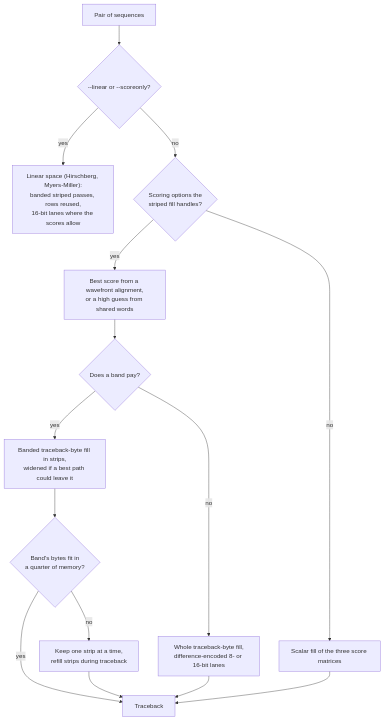
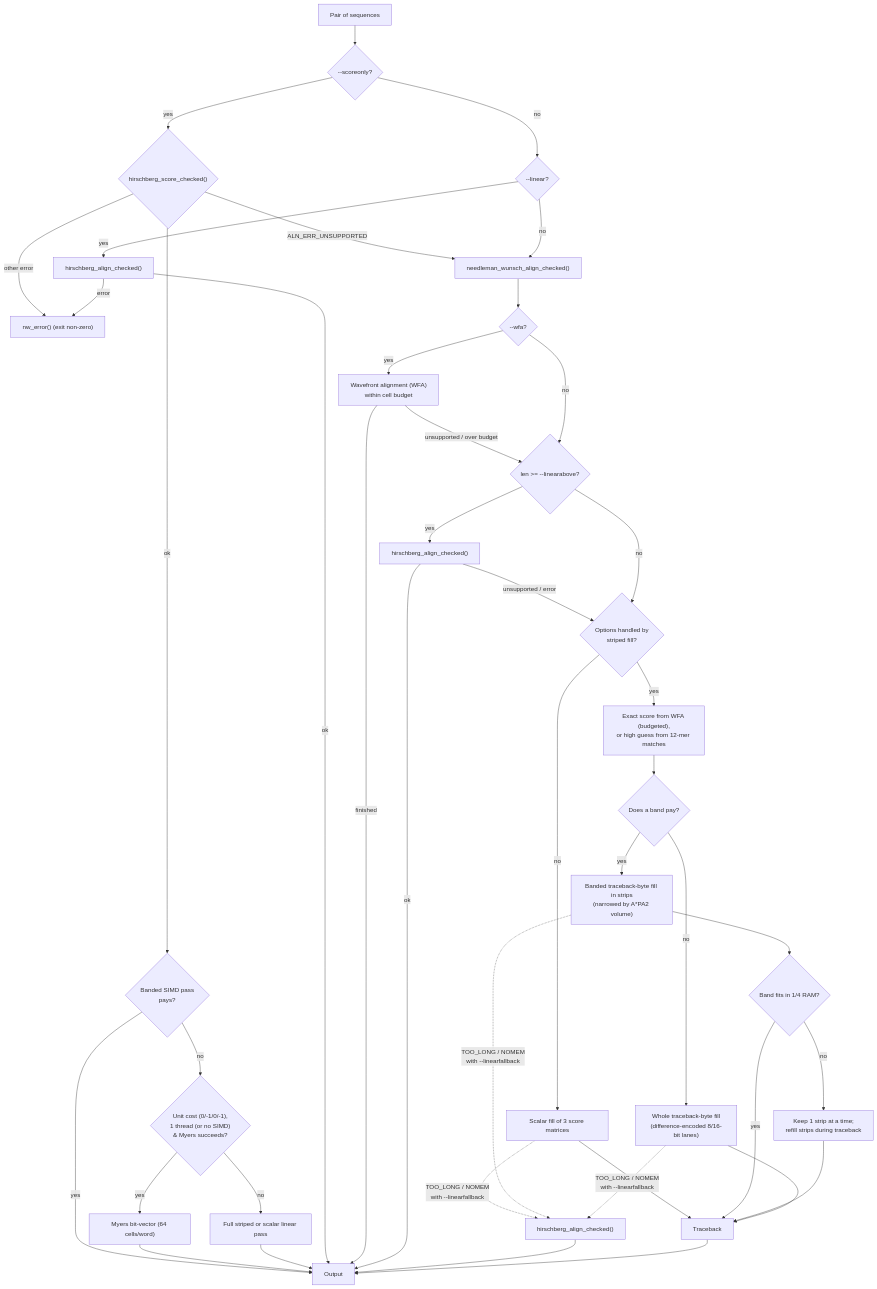
Before and after one commit to DanielTillett/nucleics-align: the diagram in docs/performance.md, drawn with Mermaid. The commit also changed other lines of this file and 15 other files, not shown here.

````diff
--- a/docs/performance.md
+++ b/docs/performance.md
@@ -20,16 +11,41 @@
 ```mermaid
 flowchart TD
-    A[Pair of sequences] --> B{"--linear or --scoreonly?"}
-    B -- yes --> L["Linear space (Hirschberg, Myers-Miller):<br/>banded striped passes, rows reused,<br/>16-bit lanes where the scores allow"]
-    B -- no --> C{Scoring options the<br/>striped fill handles?}
-    C -- no --> S[Scalar fill of the three score matrices]
-    C -- yes --> W["Best score from a wavefront alignment,<br/>or a high guess from shared words"]
+    A[Pair of sequences] --> S0{"--scoreonly?"}
+    S0 -- yes --> HS0{"hirschberg_score_checked()"}
+    HS0 -- ALN_ERR_UNSUPPORTED --> NW
+    HS0 -- other error --> ERR["nw_error() (exit non-zero)"]
+    HS0 -- ok --> HB{"Banded SIMD pass<br/>pays?"}
+    HB -- yes --> DONE[Output]
+    HB -- no --> MY{"Unit cost (0/-1/0/-1),<br/>1 thread (or no SIMD)<br/>& Myers succeeds?"}
+    MY -- yes --> MYR["Myers bit-vector (64 cells/word)"] --> DONE
+    MY -- no --> FULLS["Full striped or scalar linear pass"] --> DONE
+
+    S0 -- no --> L0{"--linear?"}
+    L0 -- yes --> L1["hirschberg_align_checked()"]
+    L1 -- ok --> DONE
+    L1 -- error --> ERR["nw_error() (exit non-zero)"]
+
+    L0 -- no --> NW["needleman_wunsch_align_checked()"]
+    NW --> W0{"--wfa?"}
+    W0 -- yes --> WA["Wavefront alignment (WFA)<br/>within cell budget"]
+    WA -- finished --> DONE
+    WA -- "unsupported / over budget" --> LA
+    W0 -- no --> LA{"len >= --linearabove?"}
+    LA -- yes --> LAH["hirschberg_align_checked()"]
+    LAH -- ok --> DONE
+    LAH -- "unsupported / error" --> C
+    LA -- no --> C{Options handled by<br/>striped fill?}
+    C -- no --> S[Scalar fill of 3 score matrices] --> T[Traceback]
+    C -- yes --> W["Exact score from WFA (budgeted),<br/>or high guess from 12-mer matches"]
     W --> D{Does a band pay?}
-    D -- yes --> E["Banded traceback-byte fill in strips,<br/>widened if a best path could leave it"]
-    D -- no --> F["Whole traceback-byte fill,<br/>difference-encoded 8- or 16-bit lanes"]
-    E --> G{Band's bytes fit in<br/>a quarter of memory?}
-    G -- yes --> T[Traceback]
-    G -- no --> K[Keep one strip at a time,<br/>refill strips during traceback] --> T
+    D -- yes --> E["Banded traceback-byte fill in strips<br/>(narrowed by A*PA2 volume)"]
+    D -- no --> F["Whole traceback-byte fill<br/>(difference-encoded 8/16-bit lanes)"]
+    E --> G{Band fits in 1/4 RAM?}
+    G -- yes --> T
+    G -- no --> K["Keep 1 strip at a time;<br/>refill strips during traceback"] --> T
     F --> T
-    S --> T
+    S -. "TOO_LONG / NOMEM<br/>with --linearfallback" .-> LFB["hirschberg_align_checked()"] --> DONE
+    E -. "TOO_LONG / NOMEM<br/>with --linearfallback" .-> LFB
+    F -. "TOO_LONG / NOMEM<br/>with --linearfallback" .-> LFB
+    T --> DONE
 ```
````
